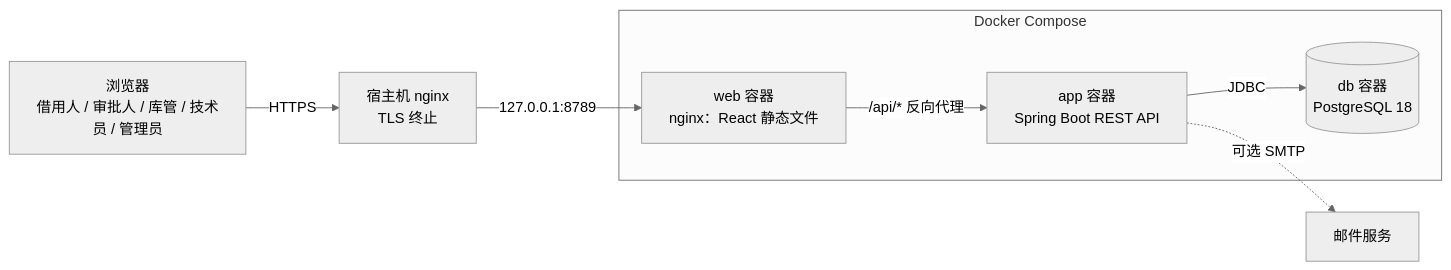
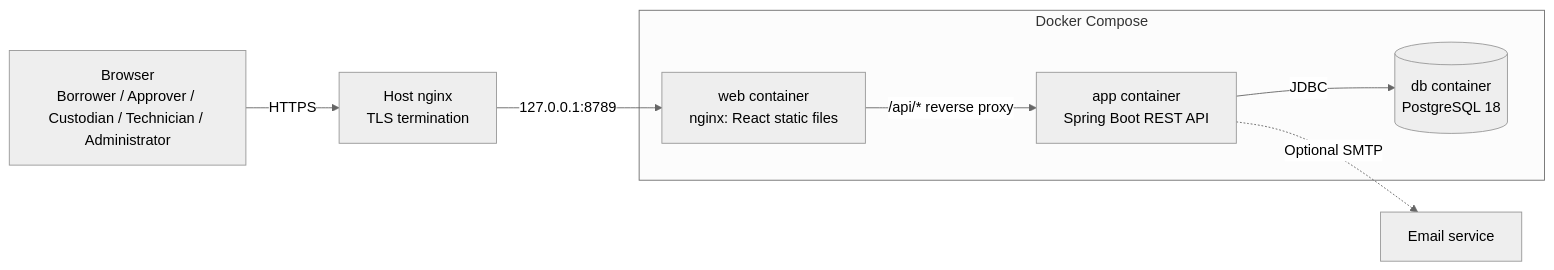
One commit to YukiOvOb/AGFP changed the first of 2 diagrams in docs/tech-stack.md. Above: the diagram before and after it, drawn with Mermaid (neutral theme). The commit also changed other lines of this file and 50 other files, not shown here.

````diff
--- a/docs/tech-stack.md
+++ b/docs/tech-stack.md
@@ -102,13 +102,13 @@
 ```mermaid
 flowchart LR
-  U[浏览器<br/>借用人 / 审批人 / 库管 / 技术员 / 管理员] -- HTTPS --> H[宿主机 nginx<br/>TLS 终止]
-  H -- 127.0.0.1:8789 --> W[web 容器<br/>nginx：React 静态文件]
-  W -- /api/* 反向代理 --> A[app 容器<br/>Spring Boot REST API]
-  A -- JDBC --> D[(db 容器<br/>PostgreSQL 18)]
-  A -. 可选 SMTP .-> M[邮件服务]
+  U[Browser<br/>Borrower / Approver / Custodian / Technician / Administrator] -- HTTPS --> H[Host nginx<br/>TLS termination]
+  H -- 127.0.0.1:8789 --> W[web container<br/>nginx: React static files]
+  W -- /api/* reverse proxy --> A[app container<br/>Spring Boot REST API]
+  A -- JDBC --> D[(db container<br/>PostgreSQL 18)]
+  A -. Optional SMTP .-> M[Email service]
   subgraph Docker Compose
     W
     A
     D
   end
 ```
````
